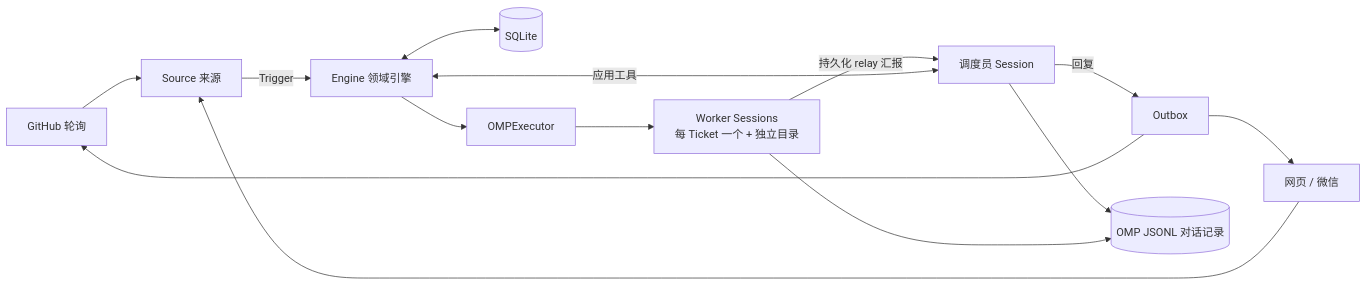
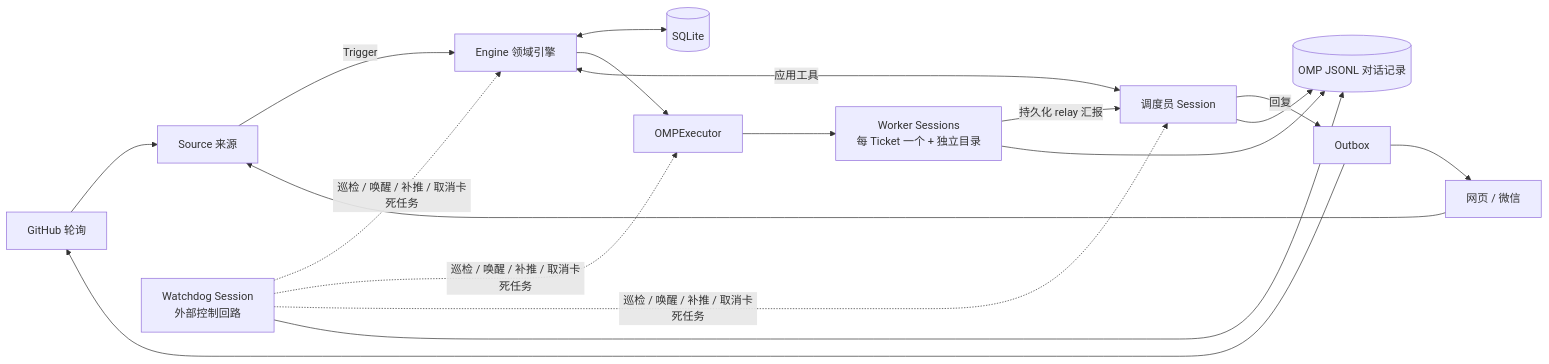
One commit to xbhuang1994/omp-superagent changed the diagram in README.md. Above: the diagram before and after it, drawn with Mermaid. The commit also changed other lines of this file, not shown here.

Commit message:
docs: document Watchdog control loop and three-session architecture in README

````diff
--- a/README.md
+++ b/README.md
@@ -70,15 +70,16 @@
 ```mermaid
 flowchart LR
   gh[GitHub 轮询] --> src[Source 来源]
   web[网页 / 微信] --> src
   src -->|Trigger| engine[Engine 领域引擎]
   main[调度员 Session] <-->|应用工具| engine
   engine <--> db[(SQLite)]
   engine --> exec[OMPExecutor]
   exec --> workers[Worker Sessions<br/>每 Ticket 一个 + 独立目录]
   workers -->|持久化 relay 汇报| main
+  wd[Watchdog Session<br/>外部控制回路] -.->|巡检 / 唤醒 / 补推 / 取消卡死任务| engine & exec & main
   main -->|回复| outbox[Outbox]
   outbox --> gh
   outbox --> web
-  main & workers --> jsonl[(OMP JSONL 对话记录)]
+  main & wd & workers --> jsonl[(OMP JSONL 对话记录)]
 ```
````
